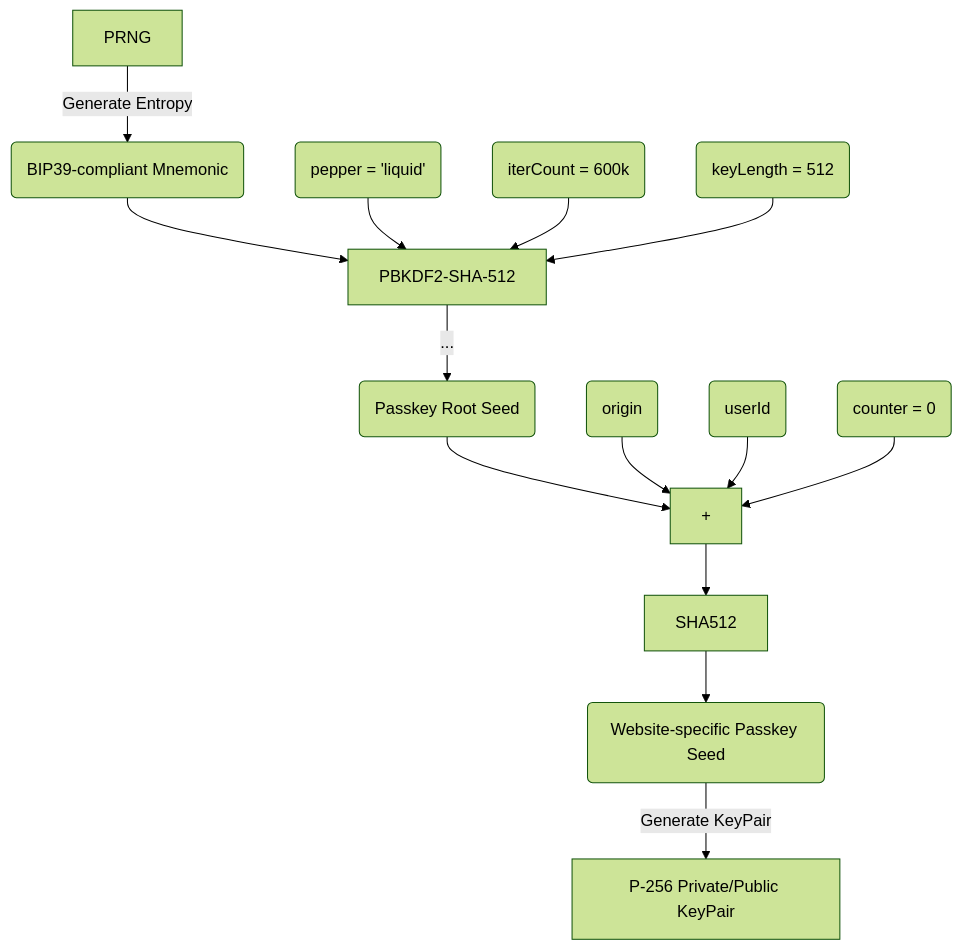
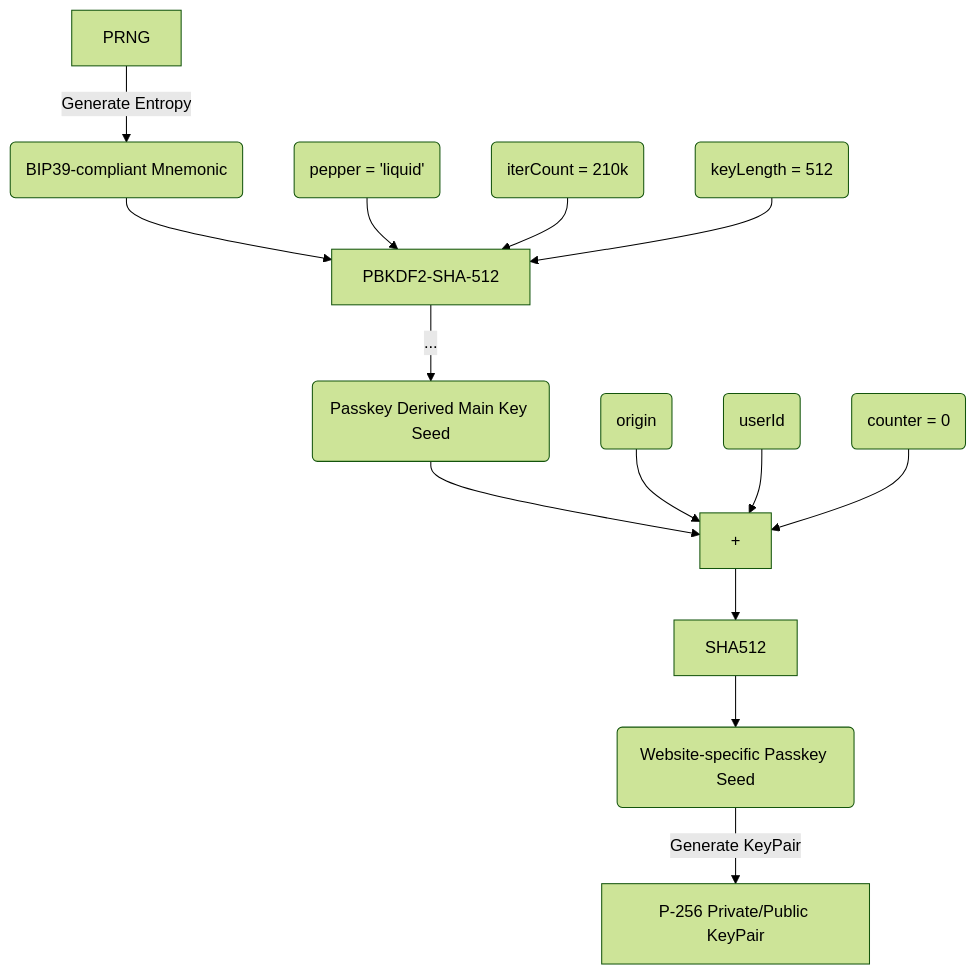
One commit to algorandfoundation/deterministic-P256-kt changed the diagram in README.md. Above: the diagram before and after it, drawn with Mermaid (forest theme). The commit also changed other lines of this file, not shown here.

````diff
--- a/README.md
+++ b/README.md
@@ -51,16 +51,16 @@
 ```mermaid
 graph TD;
     A[PRNG] -->|Generate Entropy| B(BIP39-compliant Mnemonic)
     B --> C[PBKDF2-SHA-512]
     D(pepper = 'liquid') --> C
-    E(iterCount = 600k) --> C
+    E(iterCount = 210k) --> C
     F(keyLength = 512) --> C
-    C --> |...| G(Passkey Root Seed)
+    C --> |...| G(Passkey Derived Main Key Seed)
     G --> H[+]
     I(origin) --> H
     J(userId) --> H
     K(counter = 0) --> H
     H --> L[SHA512]
     L --> M(Website-specific Passkey Seed)
     M --> |Generate KeyPair| N[P-256 Private/Public KeyPair]
 ```
````
